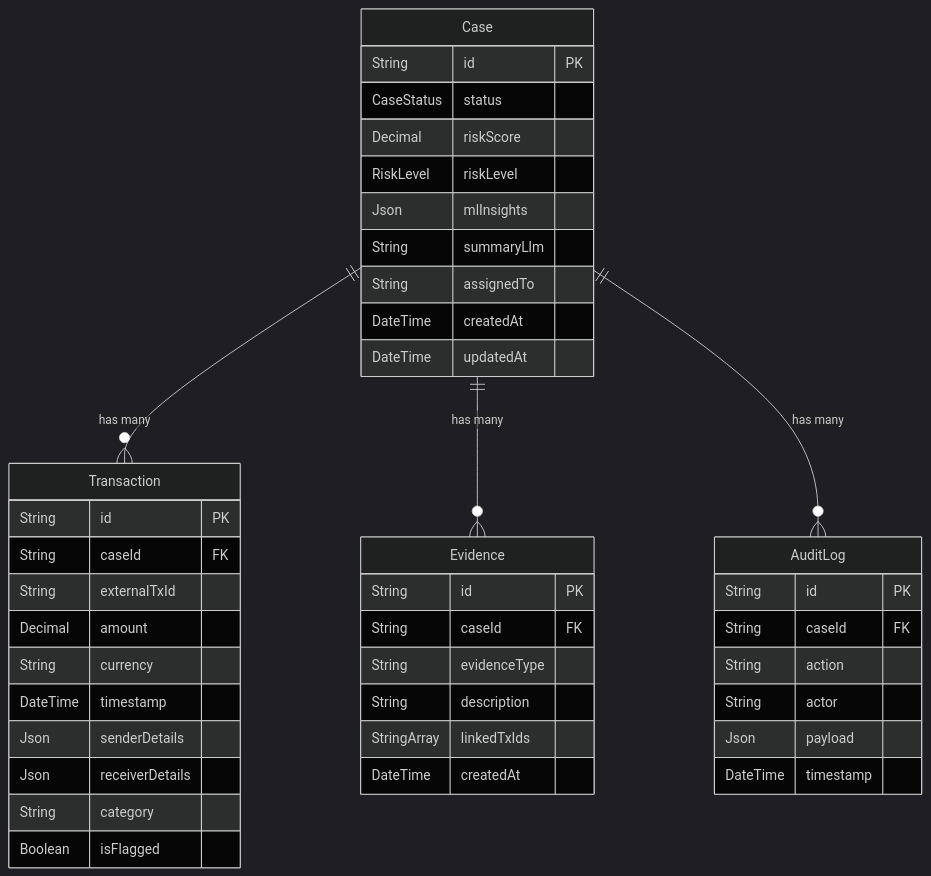
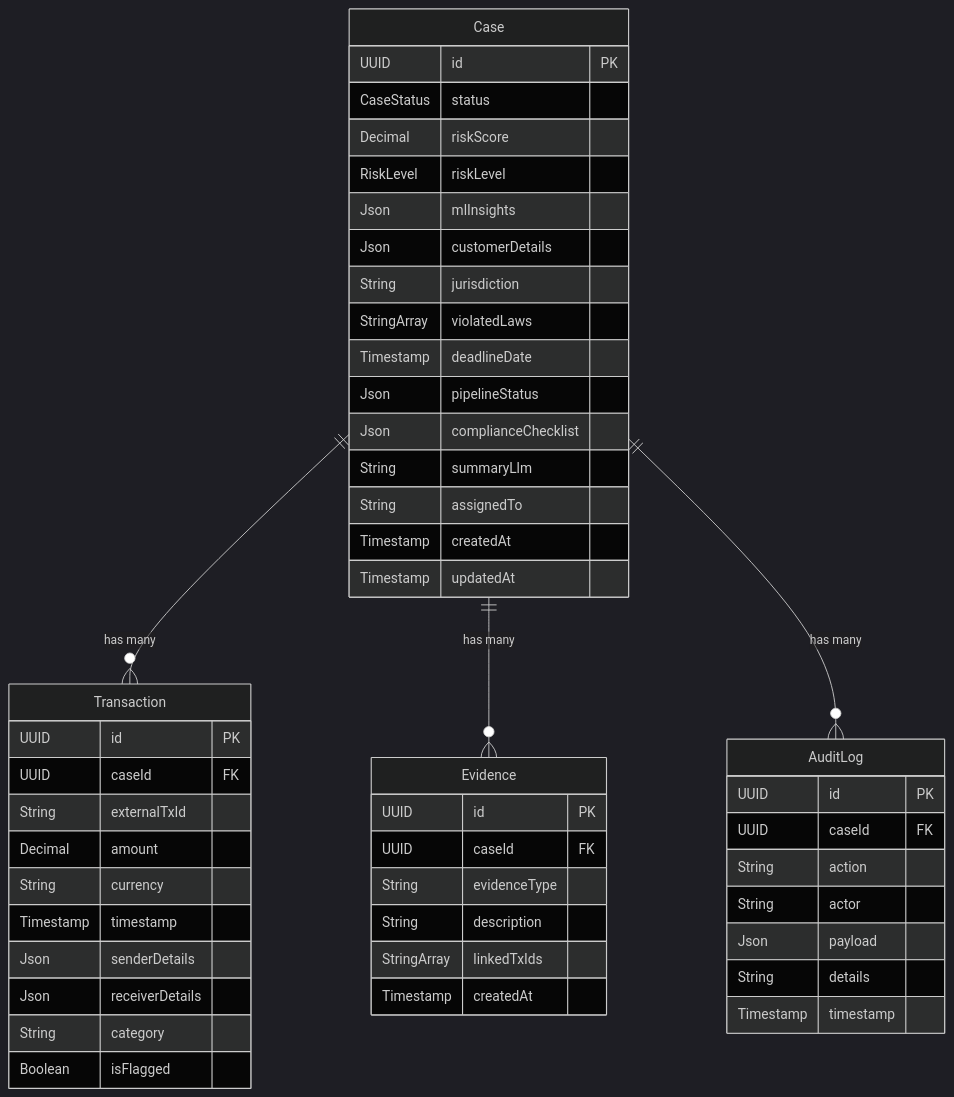
One commit to Rishikesh831/SAR-GENERATOR changed the diagram in README.md. Above: the diagram before and after it, drawn with Mermaid (dark theme). The commit also changed other lines of this file and 8 other files, not shown here.

````diff
--- a/README.md
+++ b/README.md
@@ -96,49 +105,56 @@
 ```mermaid
 erDiagram
     Case ||--o{ Transaction : "has many"
     Case ||--o{ Evidence : "has many"
     Case ||--o{ AuditLog : "has many"
 
     Case {
-        String id PK
+        UUID id PK
         CaseStatus status
         Decimal riskScore
         RiskLevel riskLevel
         Json mlInsights
+        Json customerDetails
+        String jurisdiction
+        StringArray violatedLaws
+        Timestamp deadlineDate
+        Json pipelineStatus
+        Json complianceChecklist
         String summaryLlm
         String assignedTo
-        DateTime createdAt
-        DateTime updatedAt
+        Timestamp createdAt
+        Timestamp updatedAt
     }
 
     Transaction {
-        String id PK
-        String caseId FK
+        UUID id PK
+        UUID caseId FK
         String externalTxId
         Decimal amount
         String currency
-        DateTime timestamp
+        Timestamp timestamp
         Json senderDetails
         Json receiverDetails
         String category
         Boolean isFlagged
     }
 
     Evidence {
-        String id PK
-        String caseId FK
+        UUID id PK
+        UUID caseId FK
         String evidenceType
         String description
         StringArray linkedTxIds
-        DateTime createdAt
+        Timestamp createdAt
     }
 
     AuditLog {
-        String id PK
-        String caseId FK
+        UUID id PK
+        UUID caseId FK
         String action
         String actor
         Json payload
-        DateTime timestamp
+        String details
+        Timestamp timestamp
     }
 ```
````
